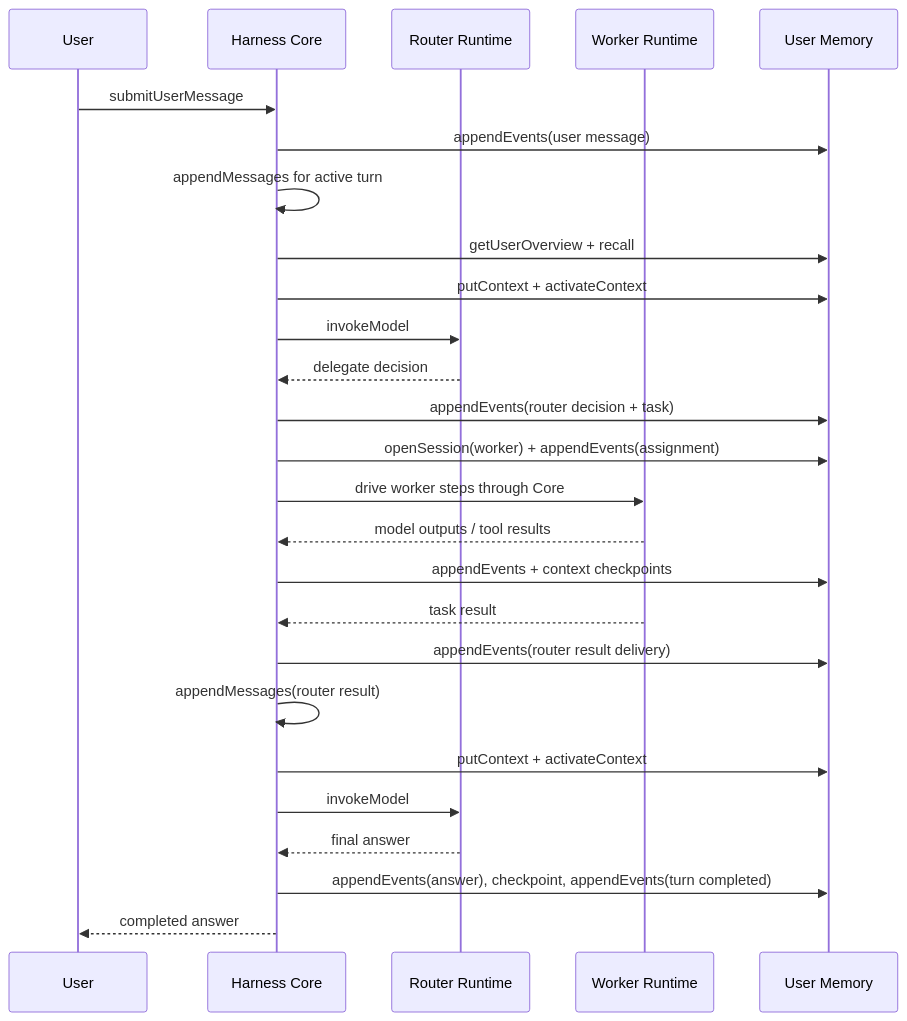
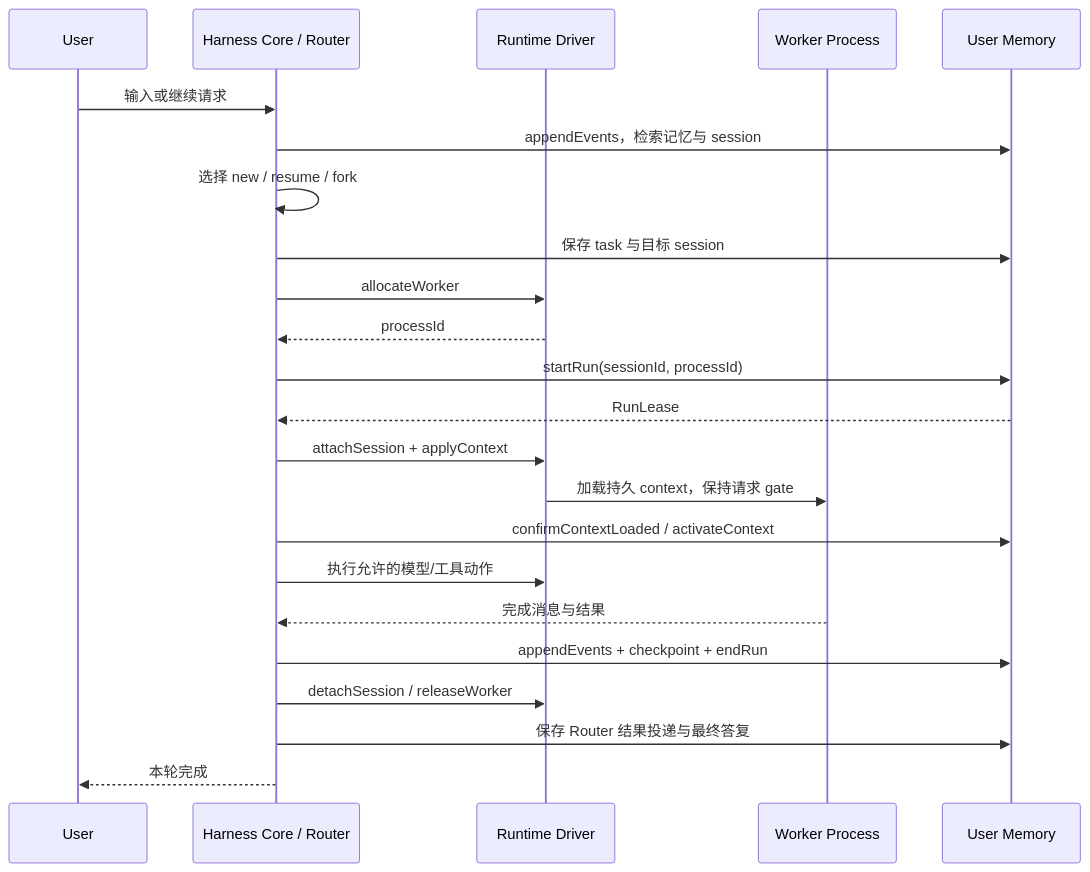
The diagram in docs/integration-protocol.md (langsfang/ga), drawn with Mermaid before and after one commit. The commit also changed other lines of this file and 4 other files, not shown here.

````diff
--- a/docs/integration-protocol.md
+++ b/docs/integration-protocol.md
@@ -142,28 +106,25 @@
 ```mermaid
 sequenceDiagram
     participant U as User
-    participant C as Harness Core
-    participant R as Router Runtime
-    participant W as Worker Runtime
+    participant C as Harness Core / Router
+    participant D as Runtime Driver
+    participant W as Worker Process
     participant M as User Memory
-    U->>C: submitUserMessage
-    C->>M: appendEvents(user message)
-    C->>C: appendMessages for active turn
-    C->>M: getUserOverview + recall
-    C->>M: putContext + activateContext
-    C->>R: invokeModel
-    R-->>C: delegate decision
-    C->>M: appendEvents(router decision + task)
-    C->>M: openSession(worker) + appendEvents(assignment)
-    C->>W: drive worker steps through Core
-    W-->>C: model outputs / tool results
-    C->>M: appendEvents + context checkpoints
-    W-->>C: task result
-    C->>M: appendEvents(router result delivery)
-    C->>C: appendMessages(router result)
-    C->>M: putContext + activateContext
-    C->>R: invokeModel
-    R-->>C: final answer
-    C->>M: appendEvents(answer), checkpoint, appendEvents(turn completed)
-    C-->>U: completed answer
+    U->>C: 输入或继续请求
+    C->>M: appendEvents，检索记忆与 session
+    C->>C: 选择 new / resume / fork
+    C->>M: 保存 task 与目标 session
+    C->>D: allocateWorker
+    D-->>C: processId
+    C->>M: startRun(sessionId, processId)
+    M-->>C: RunLease
+    C->>D: attachSession + applyContext
+    D->>W: 加载持久 context，保持请求 gate
+    C->>M: confirmContextLoaded / activateContext
+    C->>D: 执行允许的模型/工具动作
+    W-->>C: 完成消息与结果
+    C->>M: appendEvents + checkpoint + endRun
+    C->>D: detachSession / releaseWorker
+    C->>M: 保存 Router 结果投递与最终答复
+    C-->>U: 本轮完成
 ```
````
